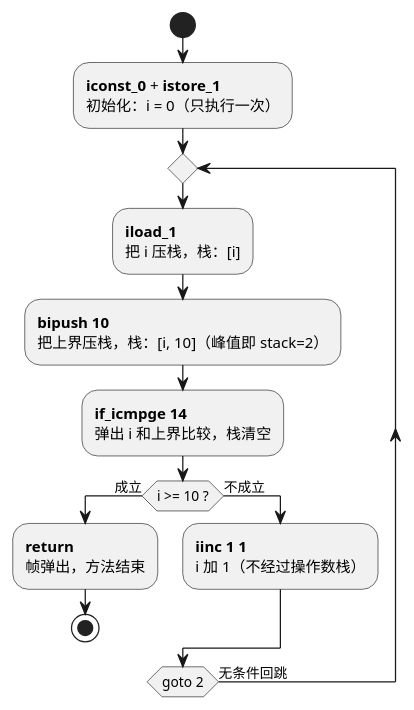
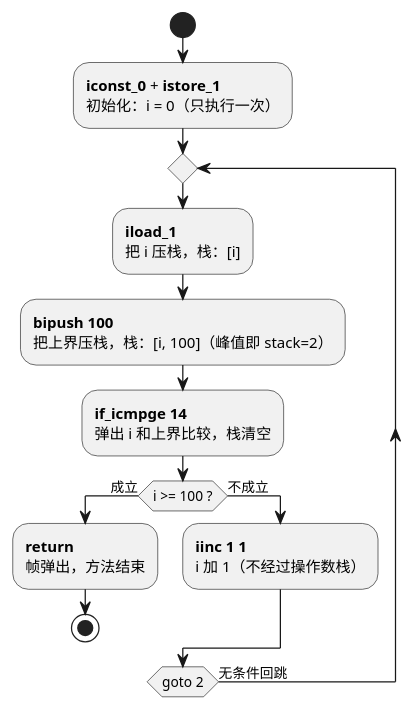
One commit to fanofxiaofeng/study_jvm_byte_code changed the diagram in 02/flow.puml. Above: the diagram before and after it, drawn with PlantUML.

```diff
--- a/02/flow.puml
+++ b/02/flow.puml
@@ -1,21 +1,21 @@
 @startuml
 start
 :**iconst_0** + **istore_1**
 初始化：i = 0（只执行一次）;
 repeat
   :**iload_1**
   把 i 压栈，栈：[i];
-  :**bipush 10**
-  把上界压栈，栈：[i, 10]（峰值即 stack=2）;
+  :**bipush 100**
+  把上界压栈，栈：[i, 100]（峰值即 stack=2）;
   :**if_icmpge 14**
   弹出 i 和上界比较，栈清空;
-  if (i >= 10 ?) then (成立)
+  if (i >= 100 ?) then (成立)
     :**return**
     帧弹出，方法结束;
     stop
   else (不成立)
     :**iinc 1 1**
     i 加 1（不经过操作数栈）;
   endif
 repeat while (goto 2) is (无条件回跳)
 @enduml
```
